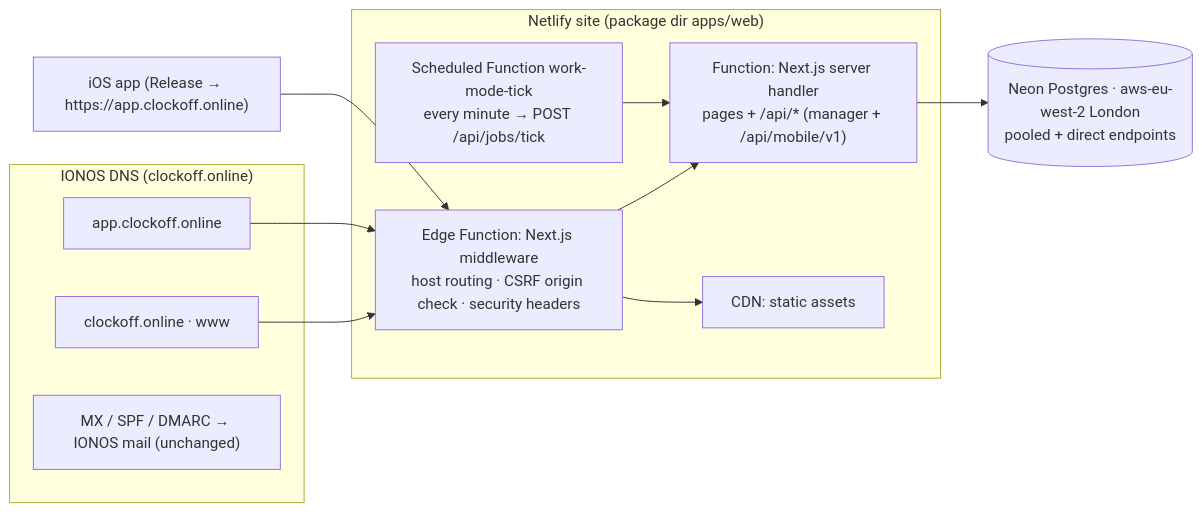
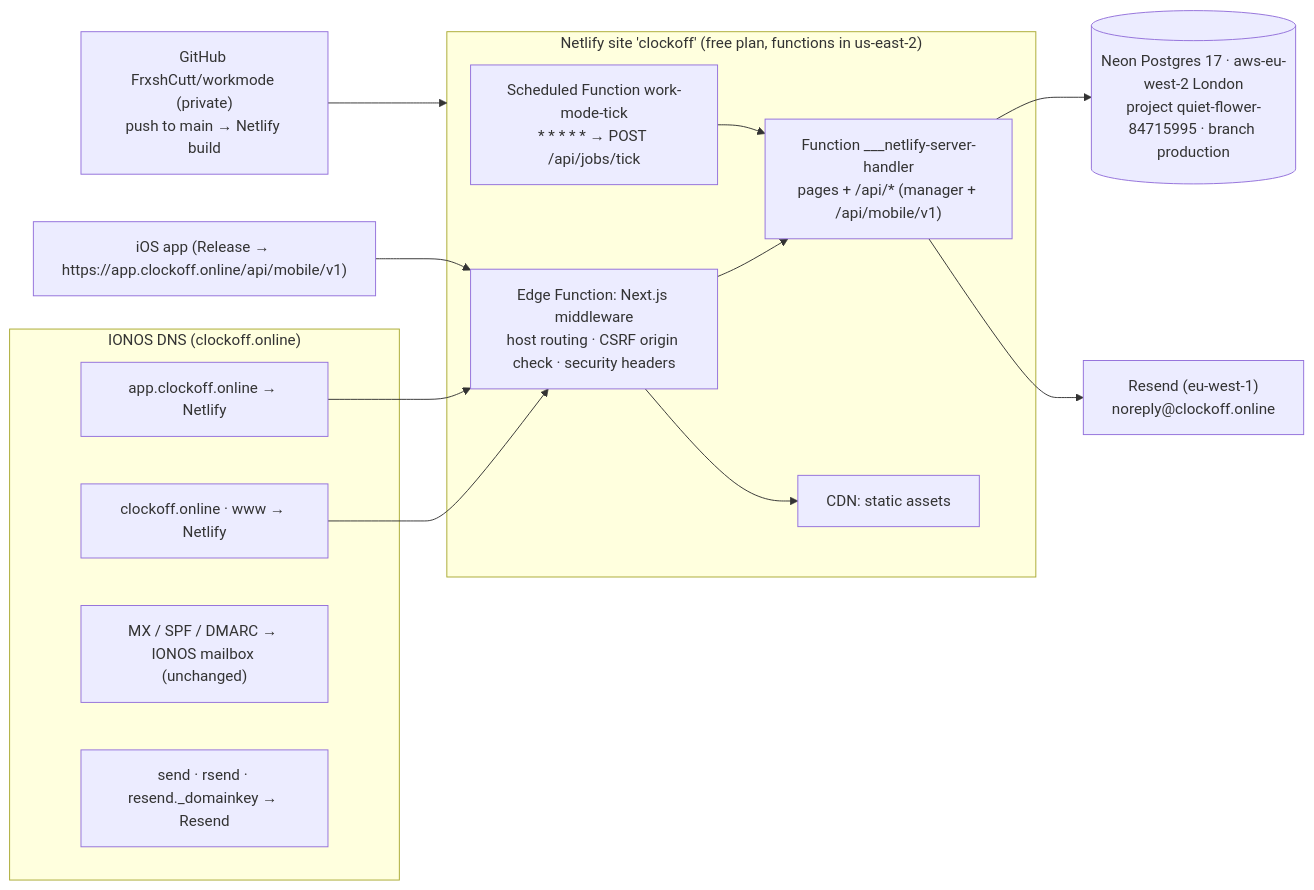
Before and after one commit to FrxshCutt/clockoff: the diagram in docs/DEPLOYMENT.md, drawn with Mermaid. The commit also changed other lines of this file and 30 other files, not shown here.

First line of the commit message:
Resend email provider, iOS production API URL, DNS runbook

````diff
--- a/docs/DEPLOYMENT.md
+++ b/docs/DEPLOYMENT.md
@@ -10,24 +9,29 @@
 ```mermaid
 flowchart LR
   subgraph IONOS["IONOS DNS (clockoff.online)"]
-    APEX["clockoff.online · www"]
-    APP["app.clockoff.online"]
-    MAILREC["MX / SPF / DMARC → IONOS mail (unchanged)"]
+    APEX["clockoff.online · www → Netlify"]
+    APP["app.clockoff.online → Netlify"]
+    MAILREC["MX / SPF / DMARC → IONOS mailbox (unchanged)"]
+    RESENDREC["send · rsend · resend._domainkey → Resend"]
   end
-  subgraph Netlify["Netlify site (package dir apps/web)"]
+  subgraph Netlify["Netlify site 'clockoff' (free plan, functions in us-east-2)"]
     EDGE["Edge Function: Next.js middleware\nhost routing · CSRF origin check · security headers"]
-    SRV["Function: Next.js server handler\npages + /api/* (manager + /api/mobile/v1)"]
-    SCHED["Scheduled Function work-mode-tick\nevery minute → POST /api/jobs/tick"]
+    SRV["Function ___netlify-server-handler\npages + /api/* (manager + /api/mobile/v1)"]
+    SCHED["Scheduled Function work-mode-tick\n* * * * * → POST /api/jobs/tick"]
     CDN["CDN: static assets"]
   end
-  NEON[("Neon Postgres · aws-eu-west-2 London\npooled + direct endpoints")]
-  IOS["iOS app (Release → https://app.clockoff.online)"]
+  NEON[("Neon Postgres 17 · aws-eu-west-2 London\nproject quiet-flower-84715995 · branch production")]
+  RESEND["Resend (eu-west-1)\nnoreply@clockoff.online"]
+  GH["GitHub FrxshCutt/workmode (private)\npush to main → Netlify build"]
+  IOS["iOS app (Release → https://app.clockoff.online/api/mobile/v1)"]
 
   APEX --> EDGE
   APP --> EDGE
+  IOS --> EDGE
   EDGE --> SRV
   EDGE --> CDN
-  IOS --> EDGE
   SCHED --> SRV
   SRV --> NEON
+  SRV --> RESEND
+  GH --> Netlify
 ```
````
